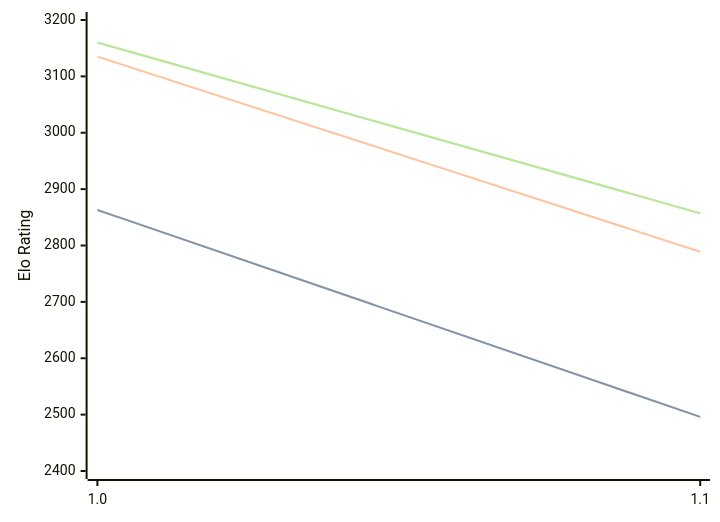
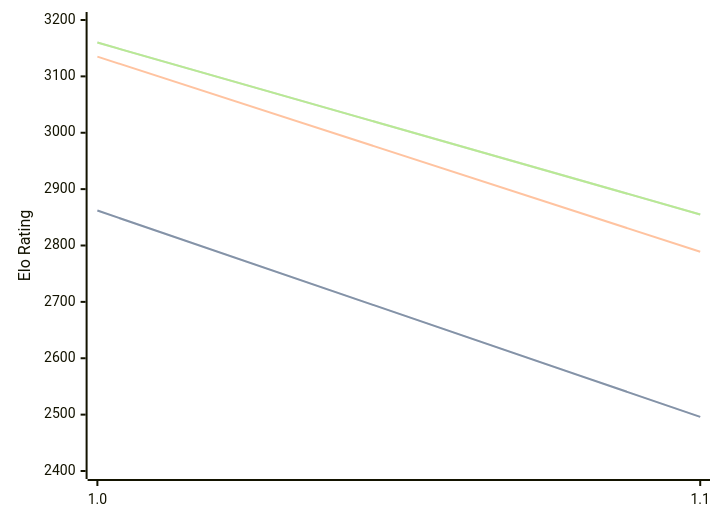
One commit to computer-chess-index/cci changed the diagram in engines/Publius.md. Above: the diagram before and after it, drawn with Mermaid. The commit also changed other lines of this file, not shown here.

Commit message:
Update CCI Ratings (ELO VLTC) - 2026-04-08

````diff
--- a/engines/Publius.md
+++ b/engines/Publius.md
@@ -32,11 +32,11 @@
 ```mermaid
 %%{init: {"theme":"base","themeVariables":{"seriesColors:['#a3a3a3','#222221','#faa371']}}}%%
 xychart-beta
   x-axis ["1.0", "1.1"]
   y-axis "Elo Rating" 2400 --> 3200
-  line "STC (8.0+0.08s)" [2863, 2496]
-  line "STC (8.0+0.08s)" [2863, 2496]
+  line "STC (8.0+0.08s)" [2862, 2496]
+  line "STC (8.0+0.08s)" [2862, 2496]
   line "LTC (60.0+0.60s)" [3135, 2789]
-  line "VLTC (2m24s+1.12s)" [3160, 2857]
-  line "VLTC (2m24s+1.12s)" [3160, 2857]
+  line "VLTC (2m24s+1.12s)" [3160, 2855]
+  line "VLTC (2m24s+1.12s)" [3160, 2855]
 ```
````
